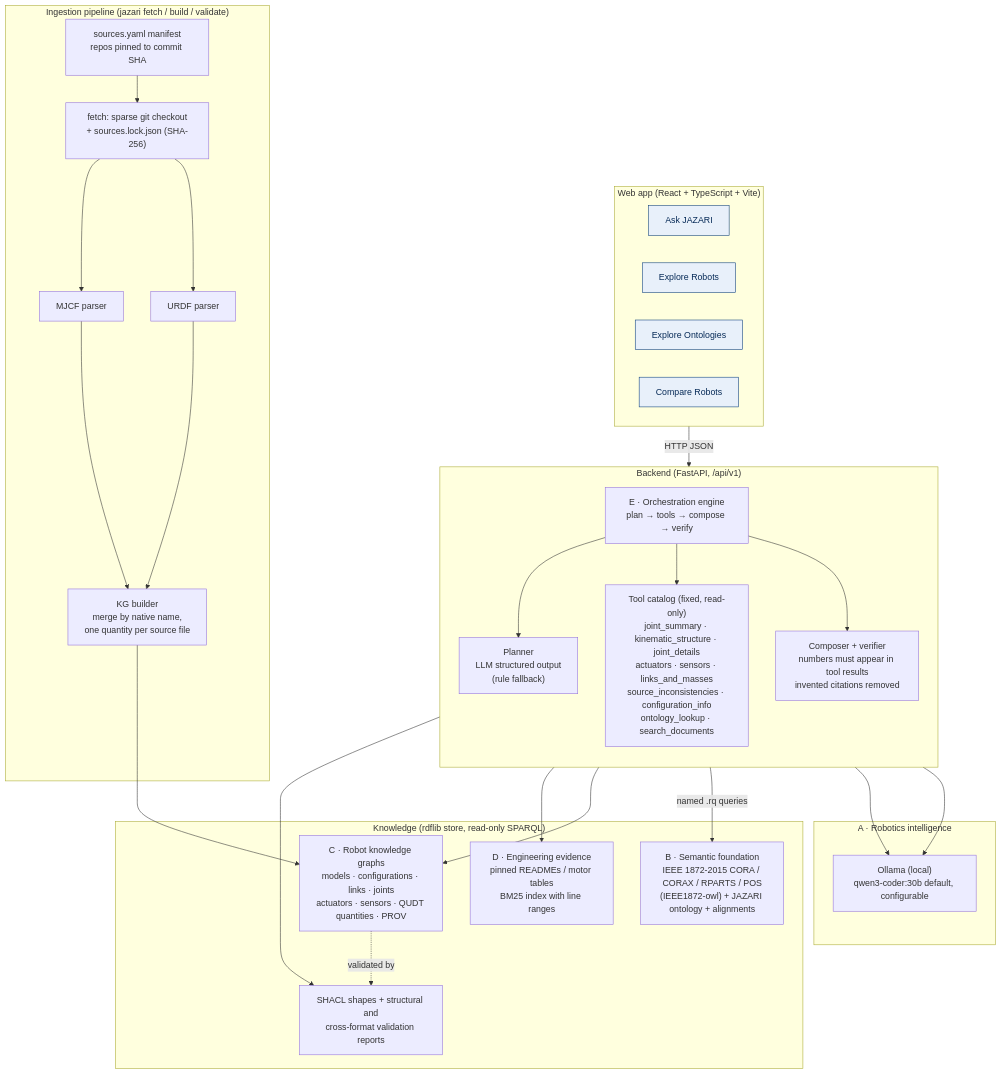
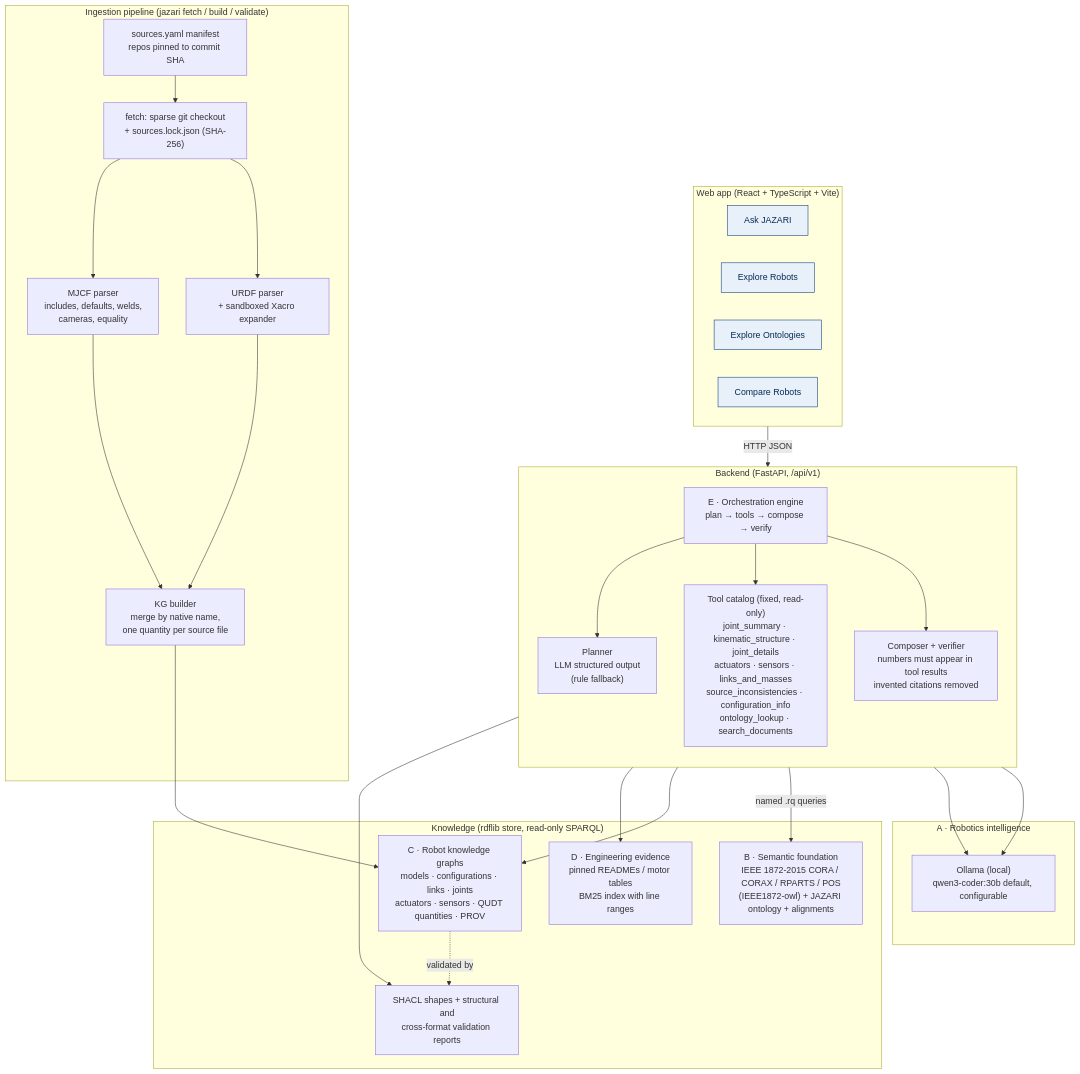
Before and after one commit to opedoussaut/al-jazari: the diagram in docs/architecture/overview.md, drawn with Mermaid. The commit also changed 45 other files, not shown here.

````diff
--- a/docs/architecture/overview.md
+++ b/docs/architecture/overview.md
@@ -10,48 +10,48 @@
 ```mermaid
 flowchart TB
     subgraph UI["Web app (React + TypeScript + Vite)"]
         ASK[Ask JAZARI]:::ui
         ROB[Explore Robots]:::ui
         ONT[Explore Ontologies]:::ui
         CMP[Compare Robots]:::ui
     end
 
     subgraph API["Backend (FastAPI, /api/v1)"]
         direction TB
         E["E · Orchestration engine<br/>plan → tools → compose → verify"]
         P["Planner<br/>LLM structured output<br/>(rule fallback)"]
         T["Tool catalog (fixed, read-only)<br/>joint_summary · kinematic_structure · joint_details<br/>actuators · sensors · links_and_masses<br/>source_inconsistencies · configuration_info<br/>ontology_lookup · search_documents"]
         C["Composer + verifier<br/>numbers must appear in tool results<br/>invented citations removed"]
     end
 
     subgraph A["A · Robotics intelligence"]
         LLM["Ollama (local)<br/>qwen3-coder:30b default, configurable"]
     end
 
     subgraph KN["Knowledge (rdflib store, read-only SPARQL)"]
         B["B · Semantic foundation<br/>IEEE 1872-2015 CORA / CORAX / RPARTS / POS<br/>(IEEE1872-owl) + JAZARI ontology + alignments"]
         CG["C · Robot knowledge graphs<br/>models · configurations · links · joints<br/>actuators · sensors · QUDT quantities · PROV"]
         D["D · Engineering evidence<br/>pinned READMEs / motor tables<br/>BM25 index with line ranges"]
         V["SHACL shapes + structural and<br/>cross-format validation reports"]
     end
 
     subgraph ING["Ingestion pipeline (jazari fetch / build / validate)"]
         M["sources.yaml manifest<br/>repos pinned to commit SHA"]
         F["fetch: sparse git checkout<br/>+ sources.lock.json (SHA-256)"]
-        PU["URDF parser"]
-        PM["MJCF parser"]
+        PU["URDF parser<br/>+ sandboxed Xacro expander"]
+        PM["MJCF parser<br/>includes, defaults, welds,<br/>cameras, equality"]
         KB["KG builder<br/>merge by native name,<br/>one quantity per source file"]
     end
 
     UI -->|HTTP JSON| API
     E --> P --> LLM
     E --> T
     E --> C --> LLM
     T -->|named .rq queries| B
     T --> CG
     T --> D
     T --> V
     M --> F --> PU & PM --> KB --> CG
     CG -. validated by .-> V
     classDef ui fill:#e8f0fa,stroke:#0a3d7a,color:#062a57
 ```
````
